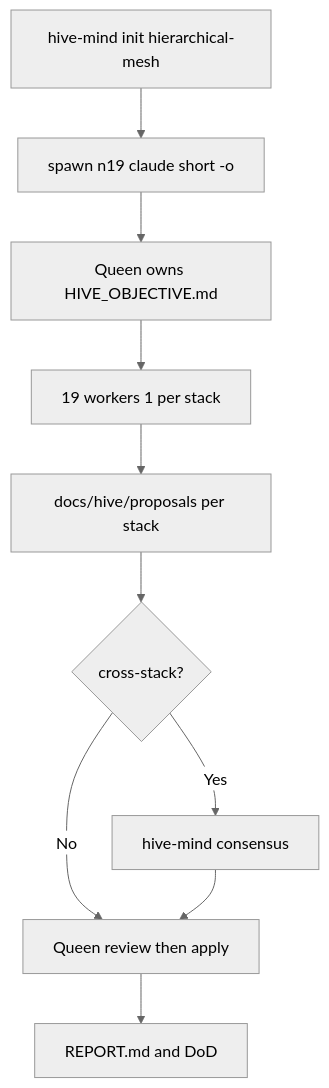
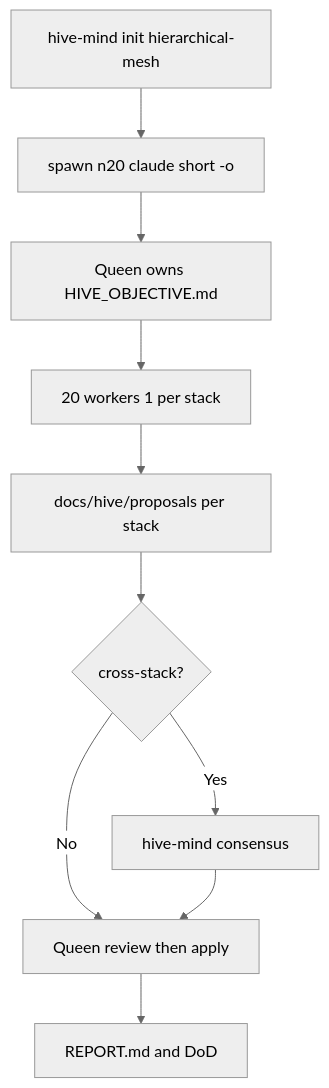
The diagram in HIVE_OBJECTIVE.md (ofayese/dockge-ots), drawn with Mermaid (neutral theme) before and after one commit. The commit also changed other lines of this file and 12 other files, not shown here.

First line of the commit message:
feat(stacks): update to include zabbix stack and enhance init scripts

````diff
--- a/HIVE_OBJECTIVE.md
+++ b/HIVE_OBJECTIVE.md
@@ -128,12 +128,12 @@
 ```mermaid
 flowchart TD
-  Init[hive-mind init hierarchical-mesh] --> Spawn[spawn n19 claude short -o]
+  Init[hive-mind init hierarchical-mesh] --> Spawn[spawn n20 claude short -o]
   Spawn --> Queen[Queen owns HIVE_OBJECTIVE.md]
-  Queen --> Fan[19 workers 1 per stack]
+  Queen --> Fan[20 workers 1 per stack]
   Fan --> P[docs/hive/proposals per stack]
   P --> X{cross-stack?}
   X -->|No| Apply[Queen review then apply]
   X -->|Yes| Cons[hive-mind consensus]
   Cons --> Apply
   Apply --> Close[REPORT.md and DoD]
 ```
````
